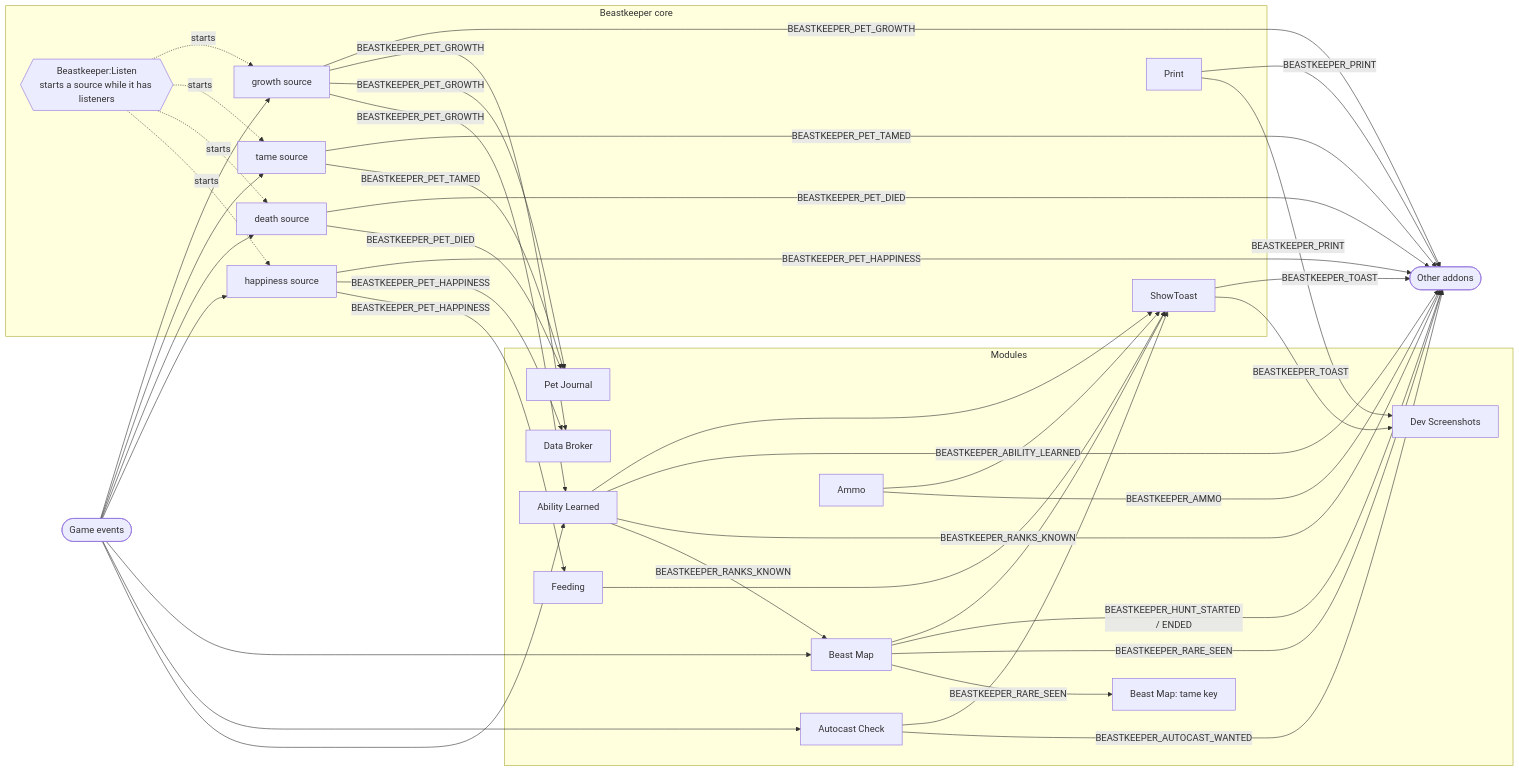
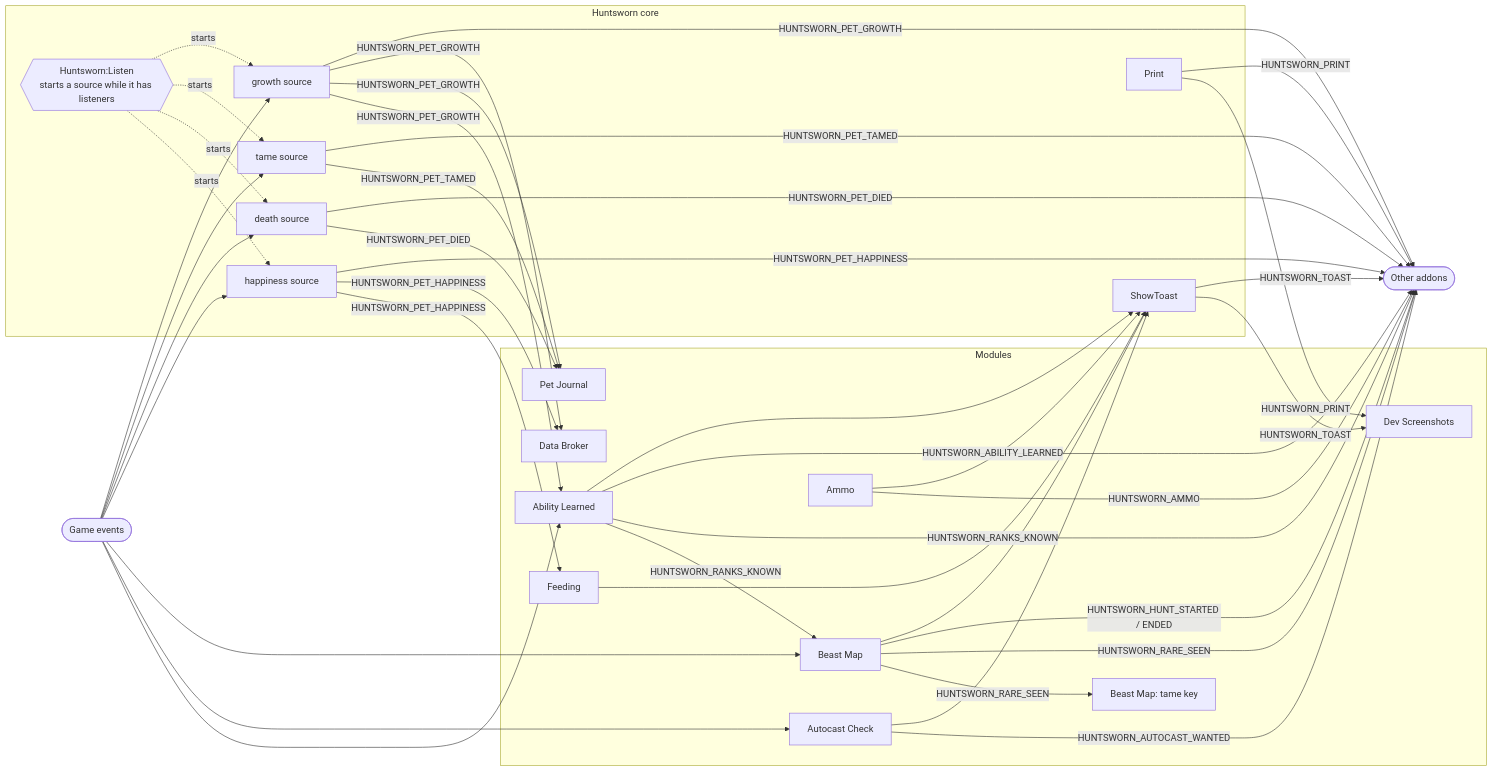
The diagram in docs/04-hooking.md (Langmans/Beastkeeper), drawn with Mermaid before and after one commit. The commit also changed other lines of this file and 137 other files, not shown here.

First line of the commit message:
feat!: rename Beastkeeper to Huntsworn

````diff
--- a/docs/04-hooking.md
+++ b/docs/04-hooking.md
@@ -38,48 +38,48 @@
 ```mermaid
 flowchart LR
     game([Game events])
 
-    subgraph core[Beastkeeper core]
-        listen{{"Beastkeeper:Listen<br/>starts a source while it has listeners"}}
+    subgraph core[Huntsworn core]
+        listen{{"Huntsworn:Listen<br/>starts a source while it has listeners"}}
         happy[happiness source]
         died[death source]
         tamed[tame source]
         growth[growth source]
         toast[ShowToast]
         print[Print]
     end
 
     subgraph modules[Modules]
         al[Ability Learned]
         ac[Autocast Check]
         bm[Beast Map]
         fd[Feeding]
         br[Data Broker]
         pj[Pet Journal]
         tk[Beast Map: tame key]
         dev[Dev Screenshots]
         am[Ammo]
     end
 
     other([Other addons])
 
     game --> happy & died & tamed & growth
     game --> al & ac & bm
     listen -. starts .-> happy & died & tamed & growth
 
-    happy -- BEASTKEEPER_PET_HAPPINESS --> fd & br & other
-    died -- BEASTKEEPER_PET_DIED --> pj & other
-    tamed -- BEASTKEEPER_PET_TAMED --> pj & other
-    growth -- BEASTKEEPER_PET_GROWTH --> al & pj & br & other
+    happy -- HUNTSWORN_PET_HAPPINESS --> fd & br & other
+    died -- HUNTSWORN_PET_DIED --> pj & other
+    tamed -- HUNTSWORN_PET_TAMED --> pj & other
+    growth -- HUNTSWORN_PET_GROWTH --> al & pj & br & other
 
-    al -- BEASTKEEPER_RANKS_KNOWN --> bm & other
-    al -- BEASTKEEPER_ABILITY_LEARNED --> other
-    ac -- BEASTKEEPER_AUTOCAST_WANTED --> other
-    bm -- BEASTKEEPER_RARE_SEEN --> tk & other
-    bm -- BEASTKEEPER_HUNT_STARTED / ENDED --> other
-    am -- BEASTKEEPER_AMMO --> other
+    al -- HUNTSWORN_RANKS_KNOWN --> bm & other
+    al -- HUNTSWORN_ABILITY_LEARNED --> other
+    ac -- HUNTSWORN_AUTOCAST_WANTED --> other
+    bm -- HUNTSWORN_RARE_SEEN --> tk & other
+    bm -- HUNTSWORN_HUNT_STARTED / ENDED --> other
+    am -- HUNTSWORN_AMMO --> other
 
     al & ac & bm & fd & am --> toast
-    toast -- BEASTKEEPER_TOAST --> dev & other
-    print -- BEASTKEEPER_PRINT --> dev & other
+    toast -- HUNTSWORN_TOAST --> dev & other
+    print -- HUNTSWORN_PRINT --> dev & other
 ```
````
